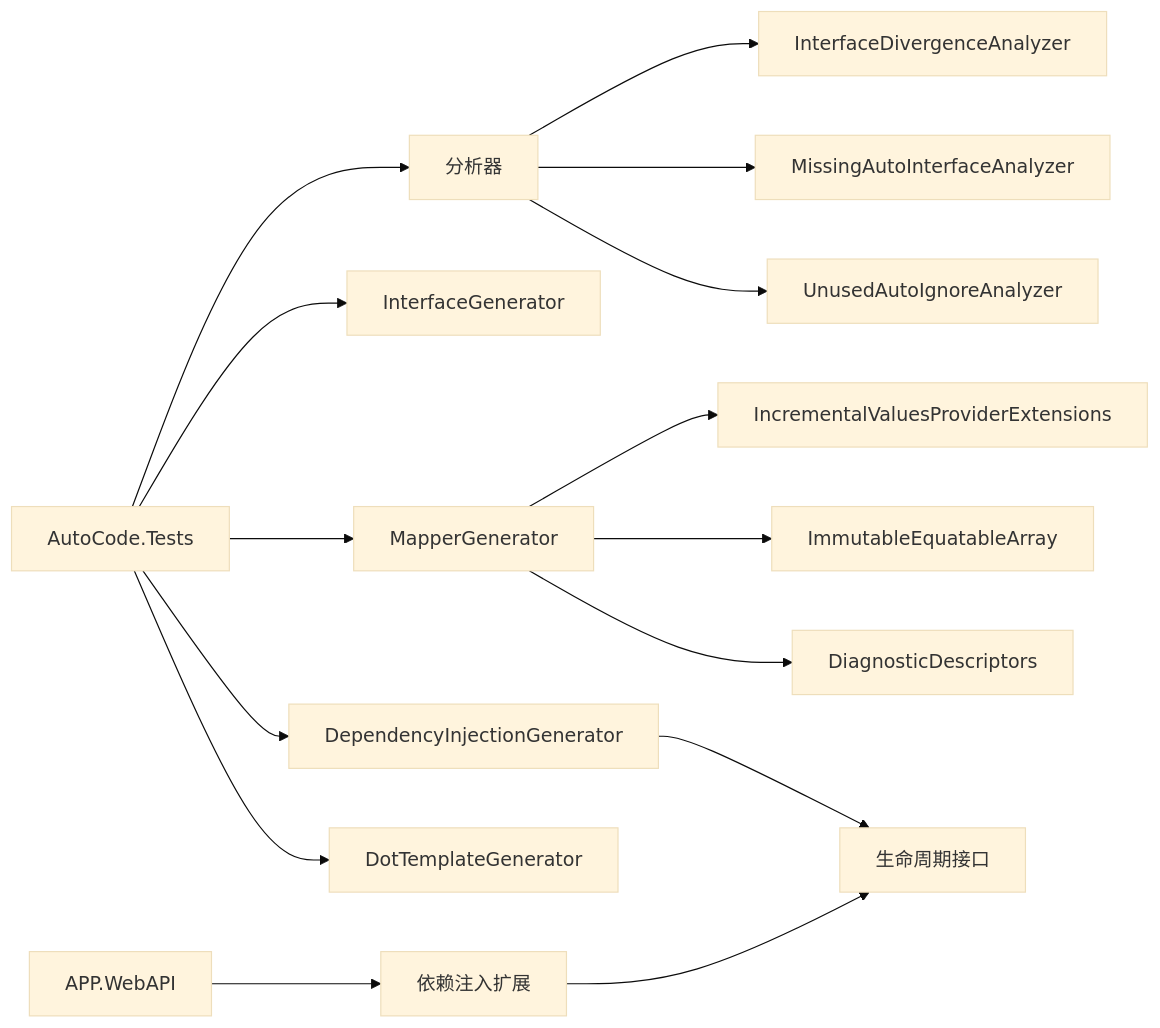
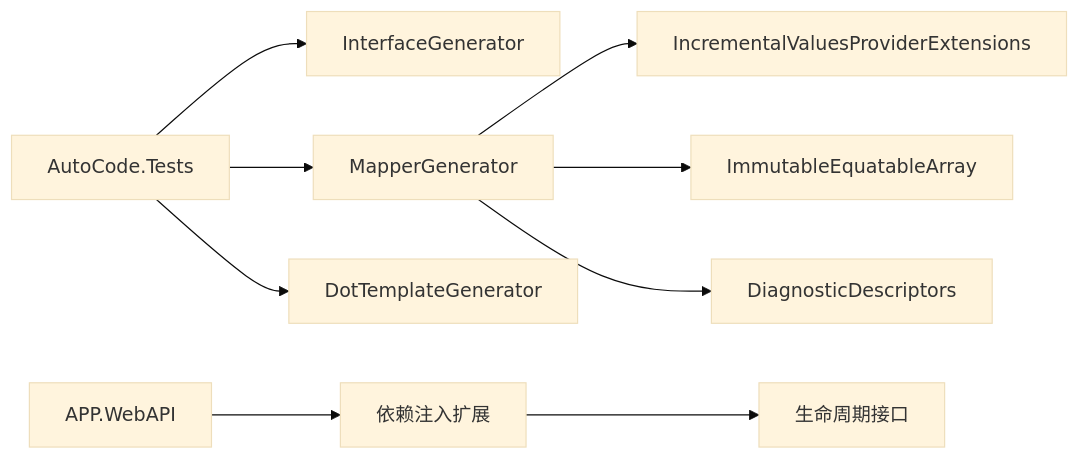
The seventh of 7 diagrams in .qoder/repowiki/zh/content/调试与诊断/测试策略与实践.md (alivy/AutoCode), drawn with Mermaid (base theme) before and after one commit. The commit also changed other lines of this file and 152 other files, not shown here.

````diff
--- a/.qoder/repowiki/zh/content/调试与诊断/测试策略与实践.md
+++ b/.qoder/repowiki/zh/content/调试与诊断/测试策略与实践.md
@@ -434,17 +316,11 @@
 ```mermaid
 graph LR
-Tests["AutoCode.Tests"] --> Analyzer["分析器"]
-Tests --> IG["InterfaceGenerator"]
+Tests["AutoCode.Tests"] --> IG["InterfaceGenerator"]
 Tests --> MG["MapperGenerator"]
-Tests --> DIG["DependencyInjectionGenerator"]
 Tests --> DTG["DotTemplateGenerator"]
-Analyzer --> A1["InterfaceDivergenceAnalyzer"]
-Analyzer --> A2["MissingAutoInterfaceAnalyzer"]
-Analyzer --> A3["UnusedAutoIgnoreAnalyzer"]
 MG --> H1["IncrementalValuesProviderExtensions"]
 MG --> H2["ImmutableEquatableArray"]
 MG --> DD["DiagnosticDescriptors"]
-DIG --> Life["生命周期接口"]
 API["APP.WebAPI"] --> DI["依赖注入扩展"]
-DI --> Life
+DI --> Life["生命周期接口"]
 ```
````
